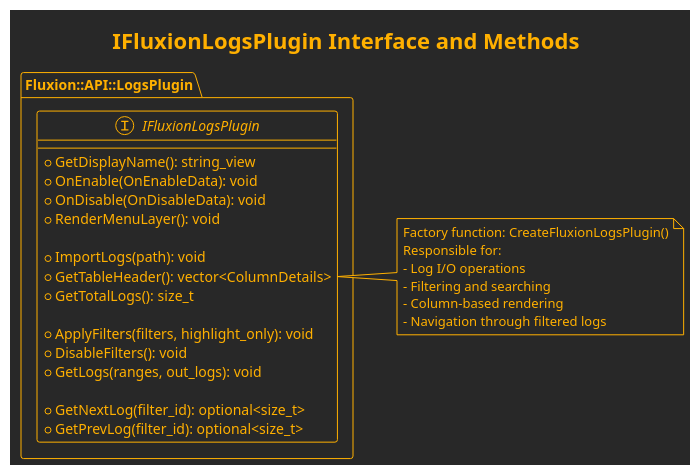
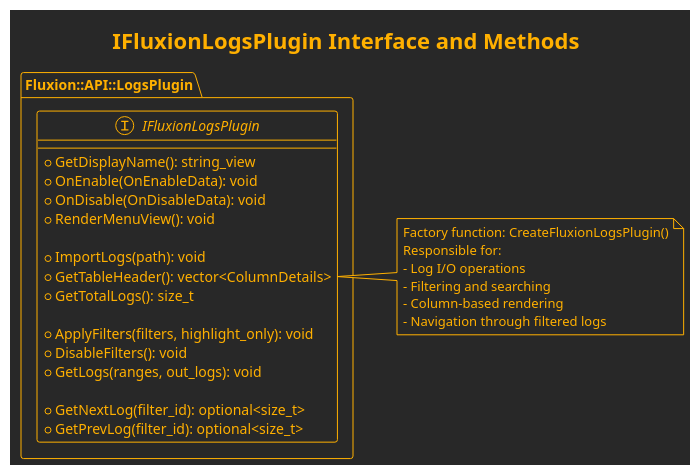
The diagram in src/Fluxion/API/docs/interface.puml (TheAncientOwl/fluxion), drawn with PlantUML before and after one commit. The commit also changed 105 other files, not shown here.

Commit message:
Rename Layer->View to better fit the purpose. TODO: consider layering in the future

```diff
--- a/src/Fluxion/API/docs/interface.puml
+++ b/src/Fluxion/API/docs/interface.puml
@@ -1,37 +1,37 @@
 @startuml API Logs Plugin Interface
 
 !theme crt-amber
 left to right direction
 
 title IFluxionLogsPlugin Interface and Methods
 
 package "Fluxion::API::LogsPlugin" {
     interface IFluxionLogsPlugin {
         + GetDisplayName(): string_view
         + OnEnable(OnEnableData): void
         + OnDisable(OnDisableData): void
-        + RenderMenuLayer(): void
+        + RenderMenuView(): void
 
         + ImportLogs(path): void
         + GetTableHeader(): vector<ColumnDetails>
         + GetTotalLogs(): size_t
     
         + ApplyFilters(filters, highlight_only): void
         + DisableFilters(): void
         + GetLogs(ranges, out_logs): void
 
         + GetNextLog(filter_id): optional<size_t>
         + GetPrevLog(filter_id): optional<size_t>
     }
 }
 
 note right of IFluxionLogsPlugin
   Factory function: CreateFluxionLogsPlugin()
   Responsible for:
   - Log I/O operations
   - Filtering and searching
   - Column-based rendering
   - Navigation through filtered logs
 end note
 
 @enduml
```
